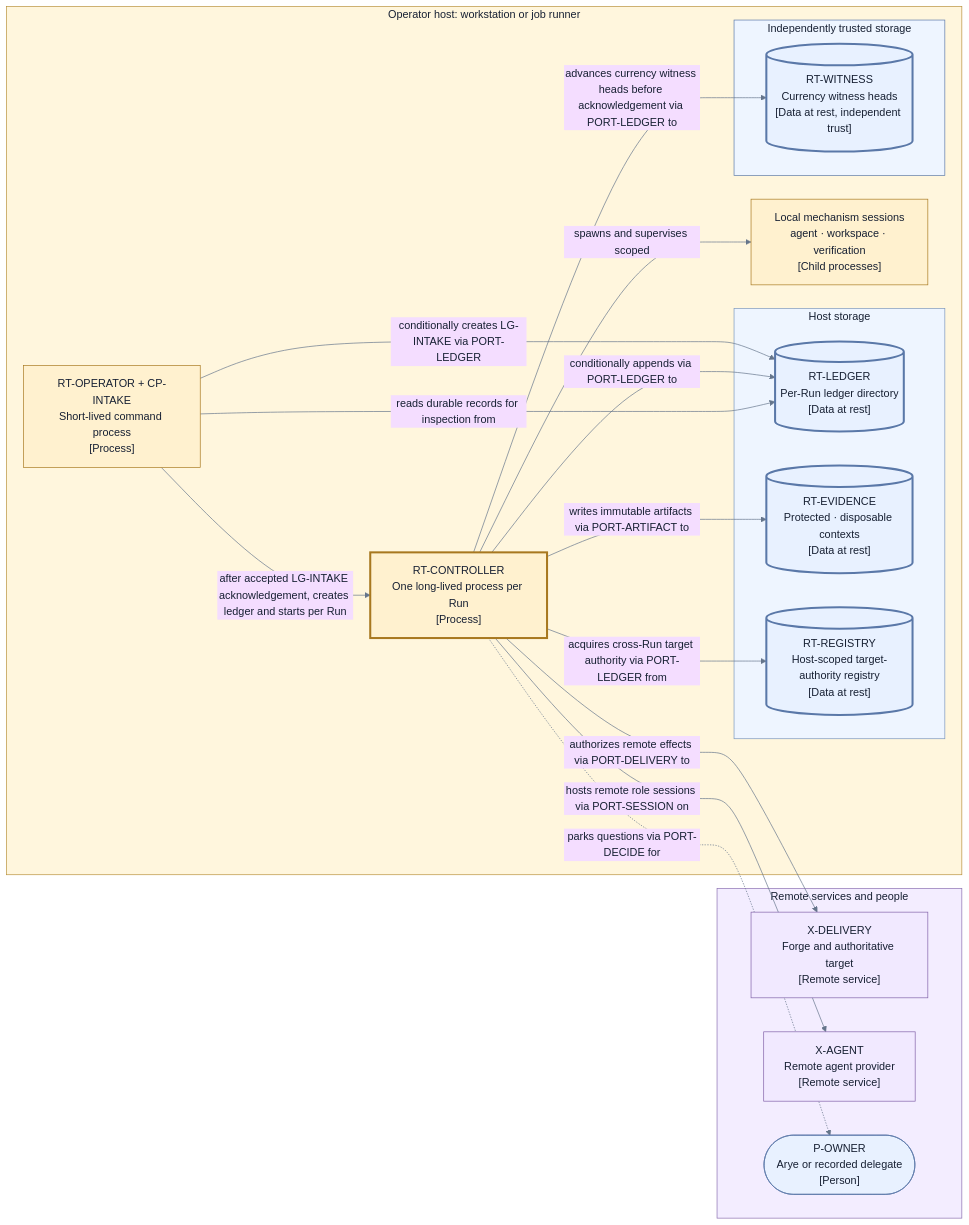
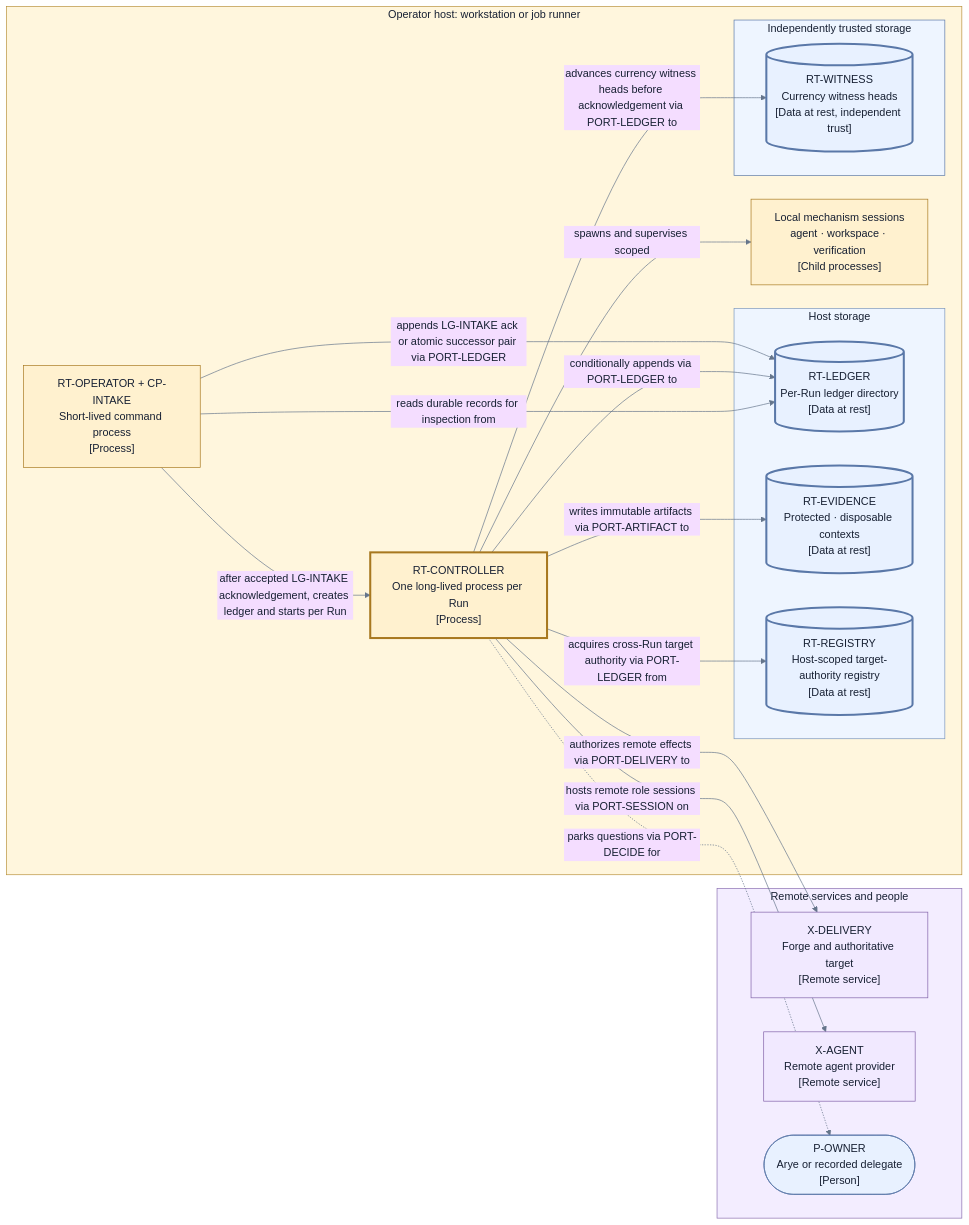
One commit to agentic-workflow-kit/jig changed the second of 2 diagrams in docs/redesign/design/runtime.md. Above: the diagram before and after it, drawn with Mermaid. The commit also changed other lines of this file and 24 other files, not shown here.

````diff
--- a/docs/redesign/design/runtime.md
+++ b/docs/redesign/design/runtime.md
@@ -317,50 +318,50 @@
 ```mermaid
 %%{init: {"theme": "base", "themeVariables": {"fontFamily": "Inter, ui-sans-serif, system-ui", "primaryTextColor": "#172033", "lineColor": "#65758b"}}}%%
 flowchart LR
     subgraph Host["Operator host: workstation or job runner"]
         OperatorP["RT-OPERATOR + CP-INTAKE<br/>Short-lived command process<br/>[Process]"]
         ControllerP["RT-CONTROLLER<br/>One long-lived process per Run<br/>[Process]"]
         MechanismP["Local mechanism sessions<br/>agent · workspace · verification<br/>[Child processes]"]
         subgraph HostStore["Host storage"]
             LedgerD[("RT-LEDGER<br/>Per-Run ledger directory<br/>[Data at rest]")]
             EvidenceD[("RT-EVIDENCE<br/>Protected · disposable contexts<br/>[Data at rest]")]
             RegistryD[("RT-REGISTRY<br/>Host-scoped target-authority registry<br/>[Data at rest]")]
         end
         subgraph IndepStore["Independently trusted storage"]
             WitnessD[("RT-WITNESS<br/>Currency witness heads<br/>[Data at rest, independent trust]")]
         end
     end
 
     subgraph Remote["Remote services and people"]
         Forge["X-DELIVERY<br/>Forge and authoritative target<br/>[Remote service]"]
         RemoteAgent["X-AGENT<br/>Remote agent provider<br/>[Remote service]"]
         OwnerR(["P-OWNER<br/>Arye or recorded delegate<br/>[Person]"])
     end
 
     OperatorP -->|"after accepted LG-INTAKE acknowledgement, creates ledger and starts per Run"| ControllerP
-    OperatorP -->|"conditionally creates LG-INTAKE via PORT-LEDGER"| LedgerD
+    OperatorP -->|"appends LG-INTAKE ack or atomic successor pair via PORT-LEDGER"| LedgerD
     ControllerP -->|"spawns and supervises scoped"| MechanismP
     ControllerP -->|"conditionally appends via PORT-LEDGER to"| LedgerD
     ControllerP -->|"acquires cross-Run target authority via PORT-LEDGER from"| RegistryD
     ControllerP -->|"advances currency witness heads before acknowledgement via PORT-LEDGER to"| WitnessD
     ControllerP -->|"writes immutable artifacts via PORT-ARTIFACT to"| EvidenceD
     ControllerP -->|"authorizes remote effects via PORT-DELIVERY to"| Forge
     ControllerP -->|"hosts remote role sessions via PORT-SESSION on"| RemoteAgent
     ControllerP -.->|"parks questions via PORT-DECIDE for"| OwnerR
     OperatorP -->|"reads durable records for inspection from"| LedgerD
 
     style Host fill:#fff6dd,stroke:#b8903a,color:#172033
     style HostStore fill:#eef5ff,stroke:#7a96bd,color:#172033
     style Remote fill:#f3edff,stroke:#8a6eb0,color:#172033
     classDef process fill:#fff1cf,stroke:#a8781f,color:#172033
     classDef control fill:#fff1cf,stroke:#a8781f,stroke-width:3px,color:#172033
     classDef rest fill:#e8f1ff,stroke:#5a78a8,stroke-width:3px,color:#172033
     classDef remote fill:#f1e9ff,stroke:#8061a8,color:#172033
     classDef person fill:#e8f1ff,stroke:#5a78a8,color:#172033
     class OperatorP,MechanismP process
     class ControllerP control
     class LedgerD,EvidenceD,RegistryD,WitnessD rest
     style IndepStore fill:#eef5ff,stroke:#5a78a8,color:#172033
     class Forge,RemoteAgent remote
     class OwnerR person
 ```
````
